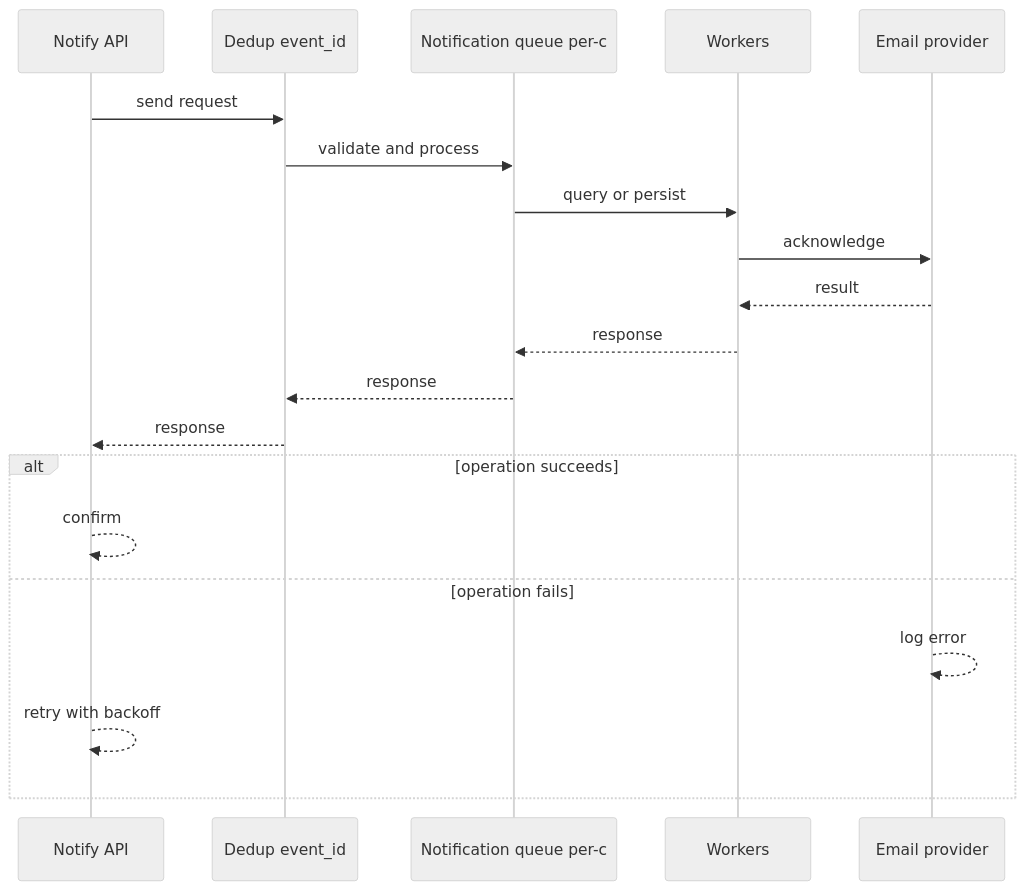
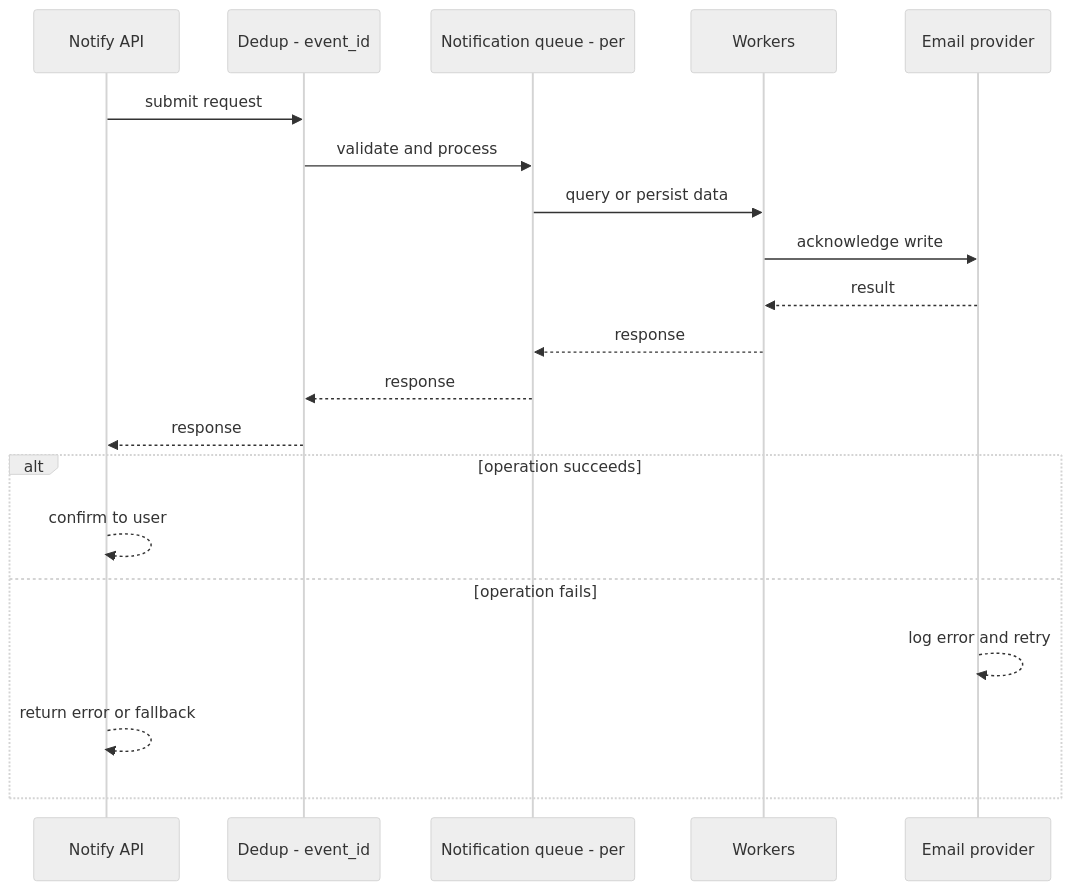
One commit to RIT-MESH/system-design-mastery changed the second of 4 diagrams in case-studies/beginner/notification-platform.md. Above: the diagram before and after it, drawn with Mermaid (neutral theme). The commit also changed other lines of this file and 127 other files, not shown here.

First line of the commit message:
Improve all case study diagrams: case-specific sequences, fix truncated labels

````diff
--- a/case-studies/beginner/notification-platform.md
+++ b/case-studies/beginner/notification-platform.md
@@ -80,23 +80,23 @@
 ```mermaid
 %% created-for: system-design-mastery
 sequenceDiagram
-  participant C0 as Notify API
-  participant C1 as Dedup event_id
-  participant C2 as Notification queue per-c
-  participant C3 as Workers
-  participant C4 as Email provider
-  C0 ->> C1: send request
-  C1 ->> C2: validate and process
-  C2 ->> C3: query or persist
-  C3 ->> C4: acknowledge
-  C4 -->> C3: result
-  C3 -->> C2: response
-  C2 -->> C1: response
-  C1 -->> C0: response
+  participant P0 as Notify API
+  participant P1 as Dedup - event_id
+  participant P2 as Notification queue - per
+  participant P3 as Workers
+  participant P4 as Email provider
+  P0 ->> P1: submit request
+  P1 ->> P2: validate and process
+  P2 ->> P3: query or persist data
+  P3 ->> P4: acknowledge write
+  P4 -->> P3: result
+  P3 -->> P2: response
+  P2 -->> P1: response
+  P1 -->> P0: response
   alt operation succeeds
-    C0 -->> C0: confirm
+    P0 -->> P0: confirm to user
   else operation fails
-    C4 -->> C4: log error
-    C0 -->> C0: retry with backoff
+    P4 -->> P4: log error and retry
+    P0 -->> P0: return error or fallback
   end
 ```
````
